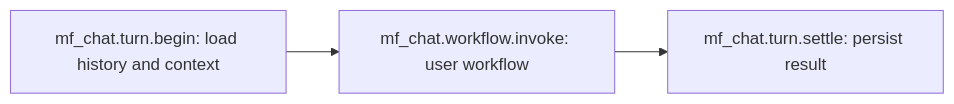
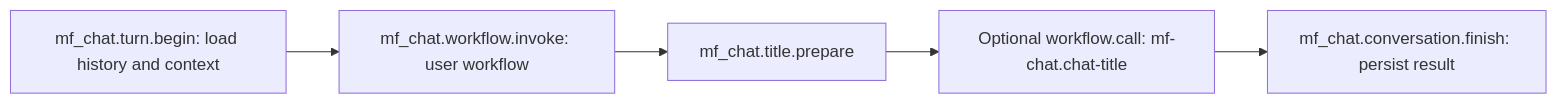
Before and after one commit to linw1995/miniflow: the diagram in docs/chat.md, drawn with Mermaid. The commit also changed other lines of this file and 10 other files, not shown here.

Commit message:
feat(cli): compose automatic chat titles through a built-in flow (#222)

````diff
--- a/docs/chat.md
+++ b/docs/chat.md
@@ -58,5 +58,7 @@
 ```mermaid
 flowchart LR
     Begin["mf_chat.turn.begin: load history and context"] --> Invoke["mf_chat.workflow.invoke: user workflow"]
-    Invoke --> Settle["mf_chat.turn.settle: persist result"]
+    Invoke --> Prepare["mf_chat.title.prepare"]
+    Prepare --> Title["Optional workflow.call: mf-chat.chat-title"]
+    Title --> Finish["mf_chat.conversation.finish: persist result"]
 ```
````
